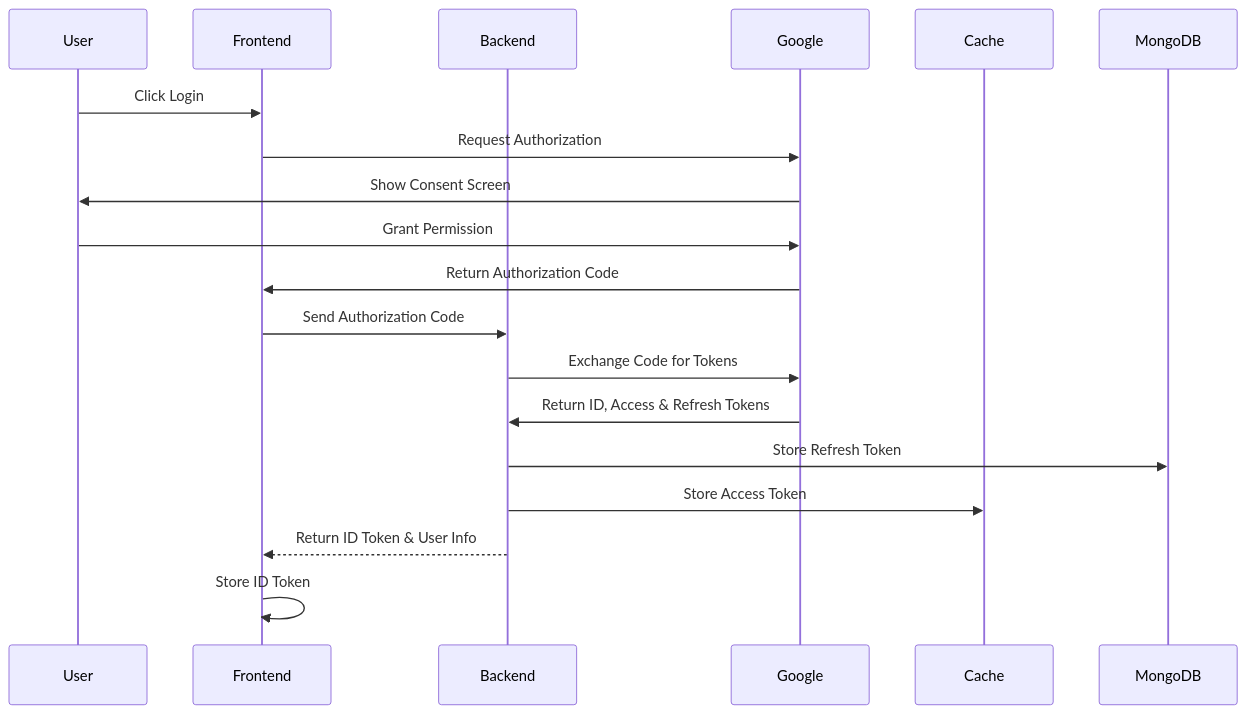
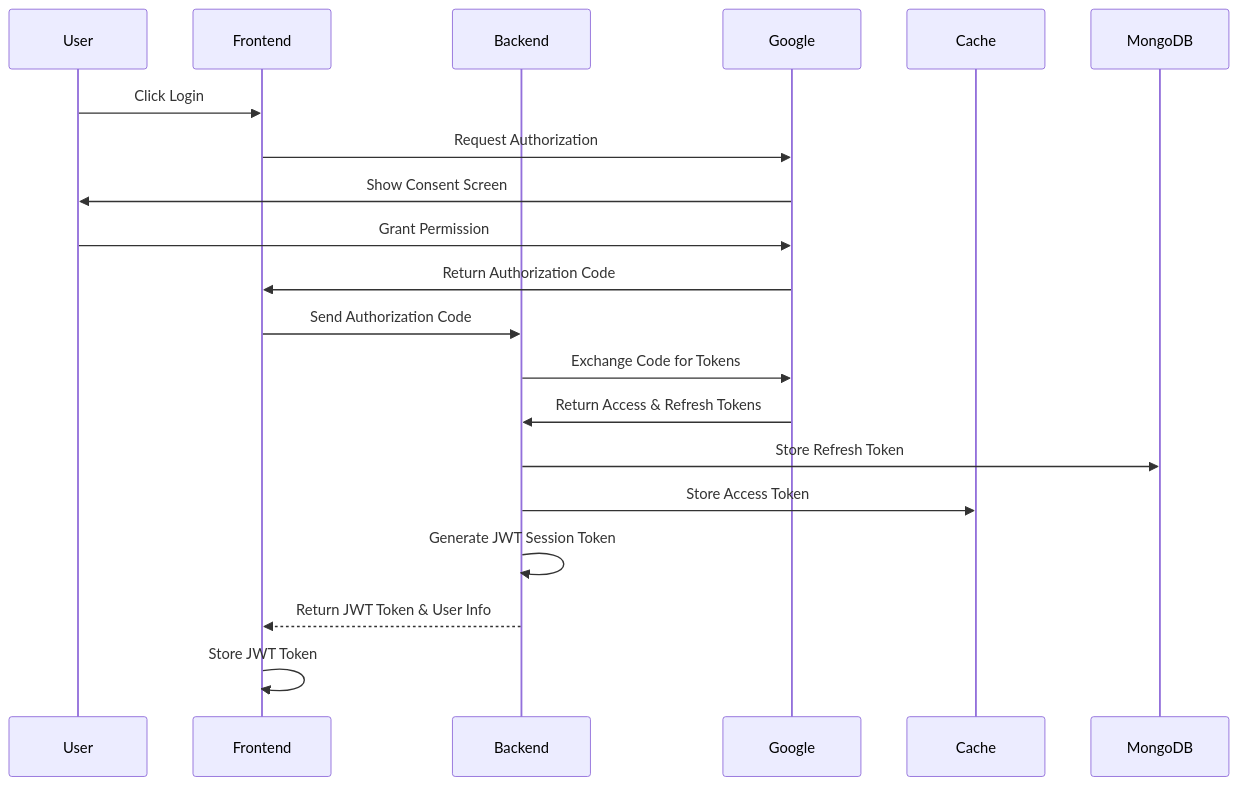
Before and after one commit to Skymore/ruit.me: the fifth of 8 diagrams in data/blog/implementing-email-analysis-with-google-oauth.mdx, drawn with Mermaid. The commit also changed other lines of this file and 5 other files, not shown here.

````diff
--- a/data/blog/implementing-email-analysis-with-google-oauth.mdx
+++ b/data/blog/implementing-email-analysis-with-google-oauth.mdx
@@ -160,22 +230,23 @@
 ```mermaid
 sequenceDiagram
     participant User
     participant Frontend
     participant Backend
     participant Google
     participant Cache
     participant MongoDB
 
     User->>Frontend: Click Login
     Frontend->>Google: Request Authorization
     Google->>User: Show Consent Screen
     User->>Google: Grant Permission
     Google->>Frontend: Return Authorization Code
     Frontend->>Backend: Send Authorization Code
     Backend->>Google: Exchange Code for Tokens
-    Google->>Backend: Return ID, Access & Refresh Tokens
+    Google->>Backend: Return Access & Refresh Tokens
     Backend->>MongoDB: Store Refresh Token
     Backend->>Cache: Store Access Token
-    Backend-->>Frontend: Return ID Token & User Info
-    Frontend->>Frontend: Store ID Token
+    Backend->>Backend: Generate JWT Session Token
+    Backend-->>Frontend: Return JWT Token & User Info
+    Frontend->>Frontend: Store JWT Token
 ```
````
